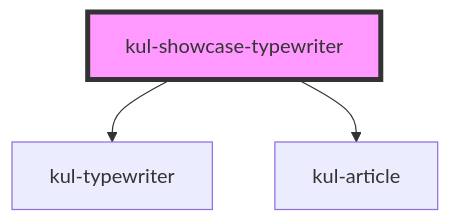
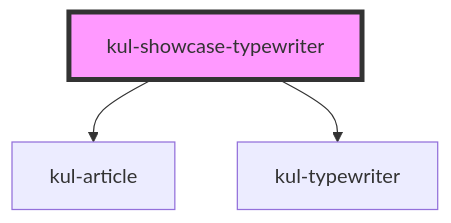
The diagram in packages/ketchup-lite/src/components/kul-showcase/components/typewriter/readme.md (lucafoscili/ketchup-lite), drawn with Mermaid before and after one commit. The commit also changed other lines of this file and 46 other files, not shown here.

````diff
--- a/packages/ketchup-lite/src/components/kul-showcase/components/typewriter/readme.md
+++ b/packages/ketchup-lite/src/components/kul-showcase/components/typewriter/readme.md
@@ -27,6 +24,6 @@
 ```mermaid
 graph TD;
+  kul-showcase-typewriter --> kul-article
   kul-showcase-typewriter --> kul-typewriter
-  kul-showcase-typewriter --> kul-article
   style kul-showcase-typewriter fill:#f9f,stroke:#333,stroke-width:4px
 ```
````
